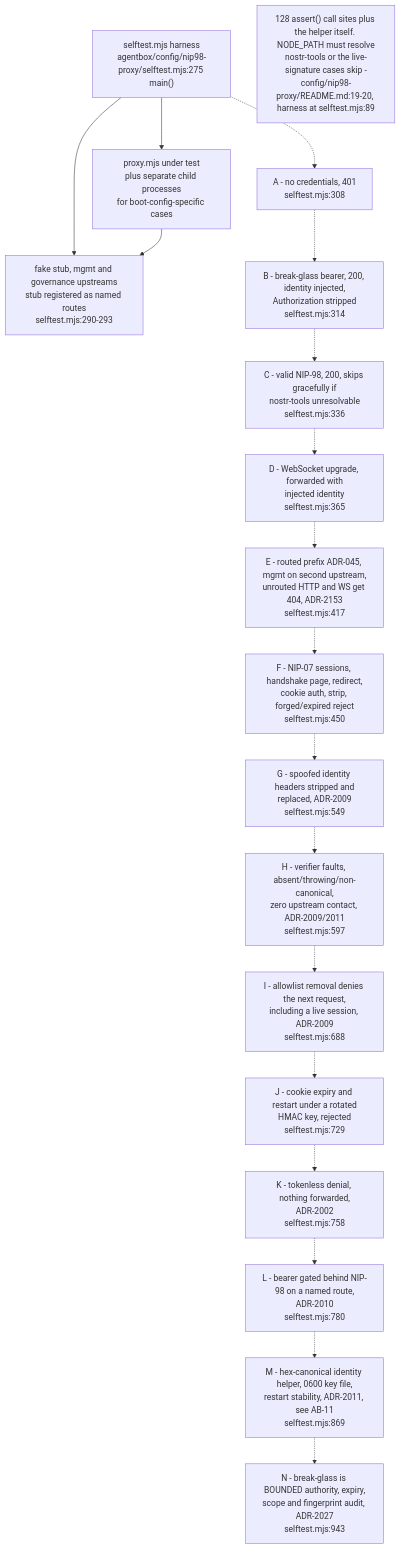
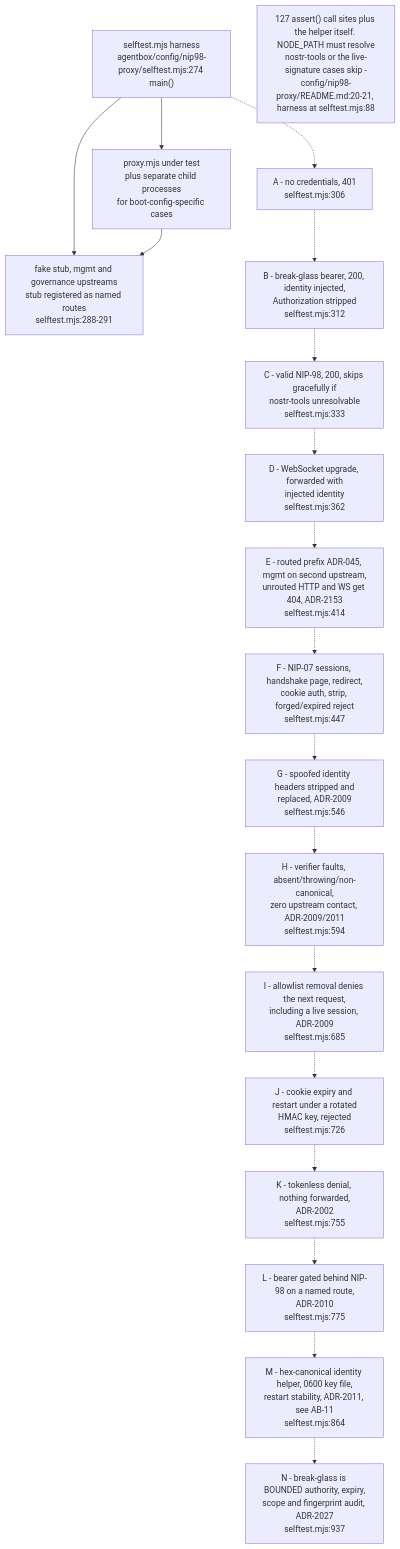
Diagram 12 of 13 in docs/diagrams/agentbox/10-ingress-nip98-proxy-and-aoe.md (DreamLab-AI/VisionFlow), drawn with Mermaid before and after one commit. The commit also changed other lines of this file and 6 other files, not shown here.

First line of the commit message:
docs: align native session and ingress diagrams (#39)

````diff
--- a/docs/diagrams/agentbox/10-ingress-nip98-proxy-and-aoe.md
+++ b/docs/diagrams/agentbox/10-ingress-nip98-proxy-and-aoe.md
@@ -504,39 +503,39 @@
 ```mermaid
 flowchart TB
-    HARNESS["selftest.mjs harness<br/>agentbox/config/nip98-proxy/selftest.mjs:275 main()"]
+    HARNESS["selftest.mjs harness<br/>agentbox/config/nip98-proxy/selftest.mjs:274 main()"]
     PUT["proxy.mjs under test<br/>plus separate child processes<br/>for boot-config-specific cases"]
-    FAKE["fake stub, mgmt and governance upstreams<br/>stub registered as named routes<br/>selftest.mjs:290-293"]
-    A["A - no credentials, 401<br/>selftest.mjs:308"]
-    B["B - break-glass bearer, 200, identity injected,<br/>Authorization stripped<br/>selftest.mjs:314"]
-    C["C - valid NIP-98, 200, skips gracefully if<br/>nostr-tools unresolvable<br/>selftest.mjs:336"]
-    D["D - WebSocket upgrade, forwarded with<br/>injected identity<br/>selftest.mjs:365"]
-    E["E - routed prefix ADR-045, mgmt on second upstream,<br/>unrouted HTTP and WS get 404, ADR-2153<br/>selftest.mjs:417"]
-    F["F - NIP-07 sessions, handshake page, redirect,<br/>cookie auth, strip, forged/expired reject<br/>selftest.mjs:450"]
-    G["G - spoofed identity headers stripped and<br/>replaced, ADR-2009<br/>selftest.mjs:549"]
-    H["H - verifier faults, absent/throwing/non-canonical,<br/>zero upstream contact, ADR-2009/2011<br/>selftest.mjs:597"]
-    I["I - allowlist removal denies the next request,<br/>including a live session, ADR-2009<br/>selftest.mjs:688"]
-    J["J - cookie expiry and restart under a rotated<br/>HMAC key, rejected<br/>selftest.mjs:729"]
-    K["K - tokenless denial, nothing forwarded,<br/>ADR-2002<br/>selftest.mjs:758"]
-    L["L - bearer gated behind NIP-98 on a named route,<br/>ADR-2010<br/>selftest.mjs:780"]
-    M["M - hex-canonical identity helper, 0600 key file,<br/>restart stability, ADR-2011, see AB-11<br/>selftest.mjs:869"]
-    N["N - break-glass is BOUNDED authority, expiry,<br/>scope and fingerprint audit, ADR-2027<br/>selftest.mjs:943"]
-    NOTE1["128 assert() call sites plus the helper itself. NODE_PATH must resolve<br/>nostr-tools or the live-signature cases skip -<br/>config/nip98-proxy/README.md:19-20, harness at selftest.mjs:89"]
+    FAKE["fake stub, mgmt and governance upstreams<br/>stub registered as named routes<br/>selftest.mjs:288-291"]
+    A["A - no credentials, 401<br/>selftest.mjs:306"]
+    B["B - break-glass bearer, 200, identity injected,<br/>Authorization stripped<br/>selftest.mjs:312"]
+    C["C - valid NIP-98, 200, skips gracefully if<br/>nostr-tools unresolvable<br/>selftest.mjs:333"]
+    D["D - WebSocket upgrade, forwarded with<br/>injected identity<br/>selftest.mjs:362"]
+    E["E - routed prefix ADR-045, mgmt on second upstream,<br/>unrouted HTTP and WS get 404, ADR-2153<br/>selftest.mjs:414"]
+    F["F - NIP-07 sessions, handshake page, redirect,<br/>cookie auth, strip, forged/expired reject<br/>selftest.mjs:447"]
+    G["G - spoofed identity headers stripped and<br/>replaced, ADR-2009<br/>selftest.mjs:546"]
+    H["H - verifier faults, absent/throwing/non-canonical,<br/>zero upstream contact, ADR-2009/2011<br/>selftest.mjs:594"]
+    I["I - allowlist removal denies the next request,<br/>including a live session, ADR-2009<br/>selftest.mjs:685"]
+    J["J - cookie expiry and restart under a rotated<br/>HMAC key, rejected<br/>selftest.mjs:726"]
+    K["K - tokenless denial, nothing forwarded,<br/>ADR-2002<br/>selftest.mjs:755"]
+    L["L - bearer gated behind NIP-98 on a named route,<br/>ADR-2010<br/>selftest.mjs:775"]
+    M["M - hex-canonical identity helper, 0600 key file,<br/>restart stability, ADR-2011, see AB-11<br/>selftest.mjs:864"]
+    N["N - break-glass is BOUNDED authority, expiry,<br/>scope and fingerprint audit, ADR-2027<br/>selftest.mjs:937"]
+    NOTE1["127 assert() call sites plus the helper itself. NODE_PATH must resolve<br/>nostr-tools or the live-signature cases skip -<br/>config/nip98-proxy/README.md:20-21, harness at selftest.mjs:88"]
 
     HARNESS --> PUT
     HARNESS --> FAKE
     PUT --> FAKE
     HARNESS -.-> A
     A -.-> B
     B -.-> C
     C -.-> D
     D -.-> E
     E -.-> F
     F -.-> G
     G -.-> H
     H -.-> I
     I -.-> J
     J -.-> K
     K -.-> L
     L -.-> M
     M -.-> N
 ```
````
